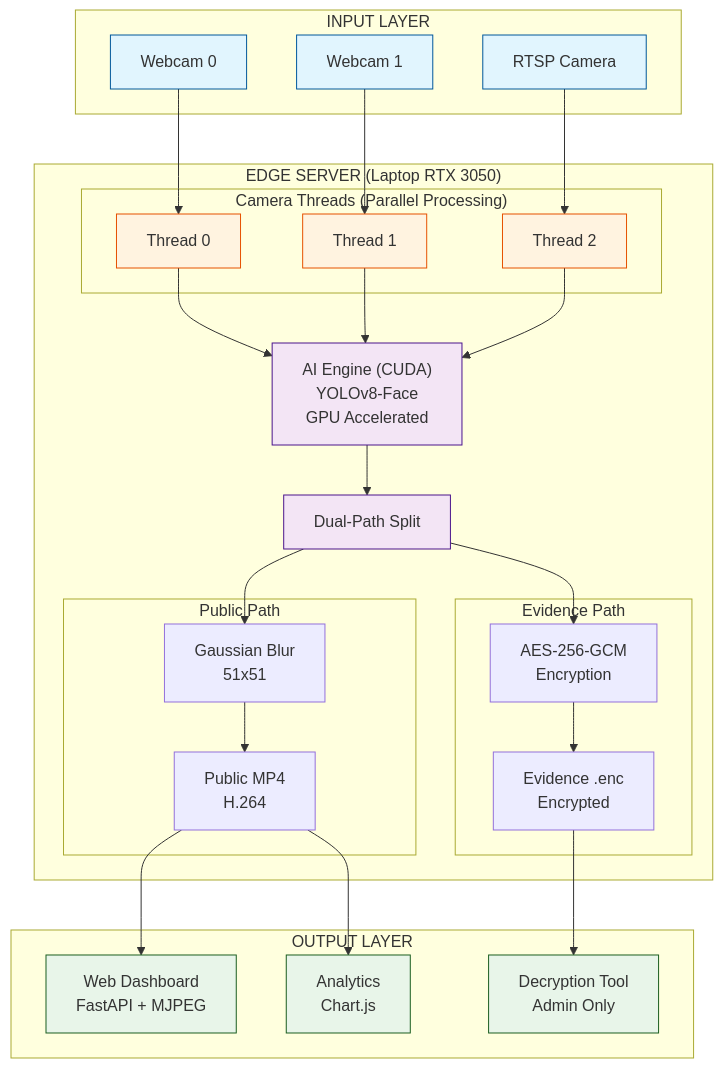
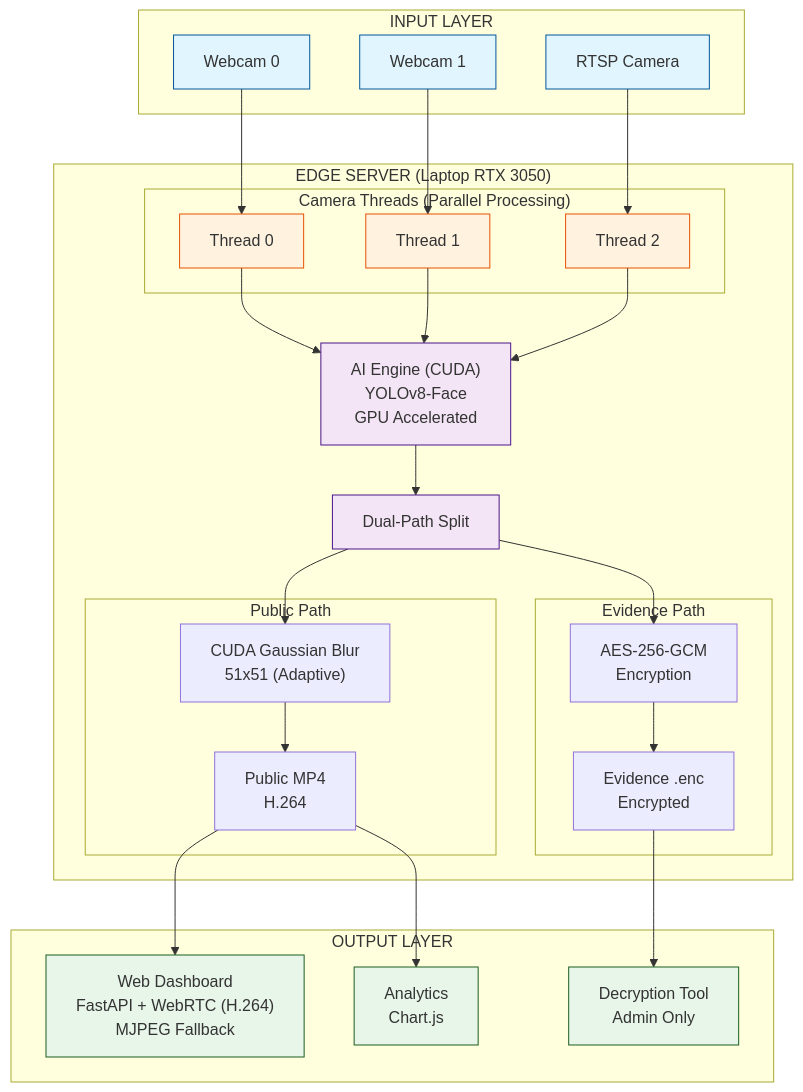
Before and after one commit to bayusegara27/SECURE-EDGE-VISION-SYSTEM: the diagram in README.md, drawn with Mermaid. The commit also changed other lines of this file and 13 other files, not shown here.

First line of the commit message:
feat: enforce bytetrack gpu blur webrtc and envelope key flow

````diff
--- a/README.md
+++ b/README.md
@@ -77,58 +77,58 @@
 ```mermaid
 graph TD
     classDef layer stroke:#333,stroke-width:2px,fill:#f9f9f9;
     classDef input fill:#e1f5fe,stroke:#01579b;
     classDef edge fill:#fff3e0,stroke:#e65100;
     classDef process fill:#f3e5f5,stroke:#4a148c;
     classDef output fill:#e8f5e9,stroke:#1b5e20;
 
     subgraph InputLayer ["INPUT LAYER"]
         Cam0["Webcam 0"]:::input
         Cam1["Webcam 1"]:::input
         CamR["RTSP Camera"]:::input
     end
 
     subgraph EdgeServer ["EDGE SERVER (Laptop RTX 3050)"]
         subgraph Threads ["Camera Threads (Parallel Processing)"]
             T0["Thread 0"]:::edge
             T1["Thread 1"]:::edge
             T2["Thread 2"]:::edge
         end
 
         AI["AI Engine (CUDA)<br/>YOLOv8-Face<br/>GPU Accelerated"]:::process
         Split["Dual-Path Split"]:::process
 
         subgraph PublicPath ["Public Path"]
-            Blur["Gaussian Blur<br/>51x51"]
+            Blur["CUDA Gaussian Blur<br/>51x51 (Adaptive)"]
             MP4["Public MP4<br/>H.264"]
         end
 
         subgraph EvidencePath ["Evidence Path"]
             Encrypt["AES-256-GCM<br/>Encryption"]
             ENC["Evidence .enc<br/>Encrypted"]
         end
     end
 
     subgraph OutputLayer ["OUTPUT LAYER"]
-        Dash["Web Dashboard<br/>FastAPI + MJPEG"]:::output
+        Dash["Web Dashboard<br/>FastAPI + WebRTC (H.264)<br/>MJPEG Fallback"]:::output
         Anal["Analytics<br/>Chart.js"]:::output
         Decr["Decryption Tool<br/>Admin Only"]:::output
     end
 
     Cam0 --> T0
     Cam1 --> T1
     CamR --> T2
 
     T0 & T1 & T2 --> AI
     AI --> Split
 
     Split --> Blur
     Blur --> MP4
 
     Split --> Encrypt
     Encrypt --> ENC
 
     MP4 --> Dash
     MP4 --> Anal
     ENC --> Decr
 ```
````
